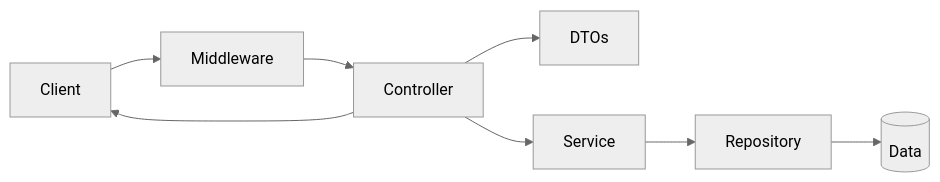
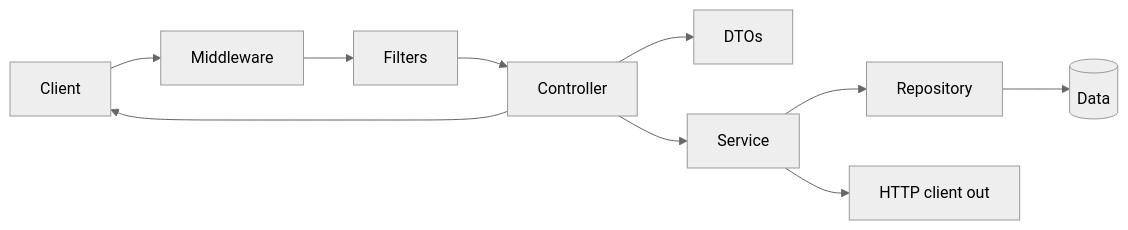
The diagram in src/content/en/swe101/templates/controllers/i-overview.md (tiagoyamashita/content), drawn with Mermaid (neutral theme) before and after one commit. The commit also changed other lines of this file and 50 other files, not shown here.

````diff
--- a/src/content/en/swe101/templates/controllers/i-overview.md
+++ b/src/content/en/swe101/templates/controllers/i-overview.md
@@ -14,10 +14,12 @@
 ```mermaid
 flowchart LR
   Client --> MW[Middleware]
-  MW --> Controller
+  MW --> Filt[Filters]
+  Filt --> Controller
   Controller --> DTO[DTOs]
   Controller --> Service
   Service --> Repo[Repository]
+  Service --> Out[HTTP client out]
   Repo --> DB[(Data)]
   Controller --> Client
 ```
````
